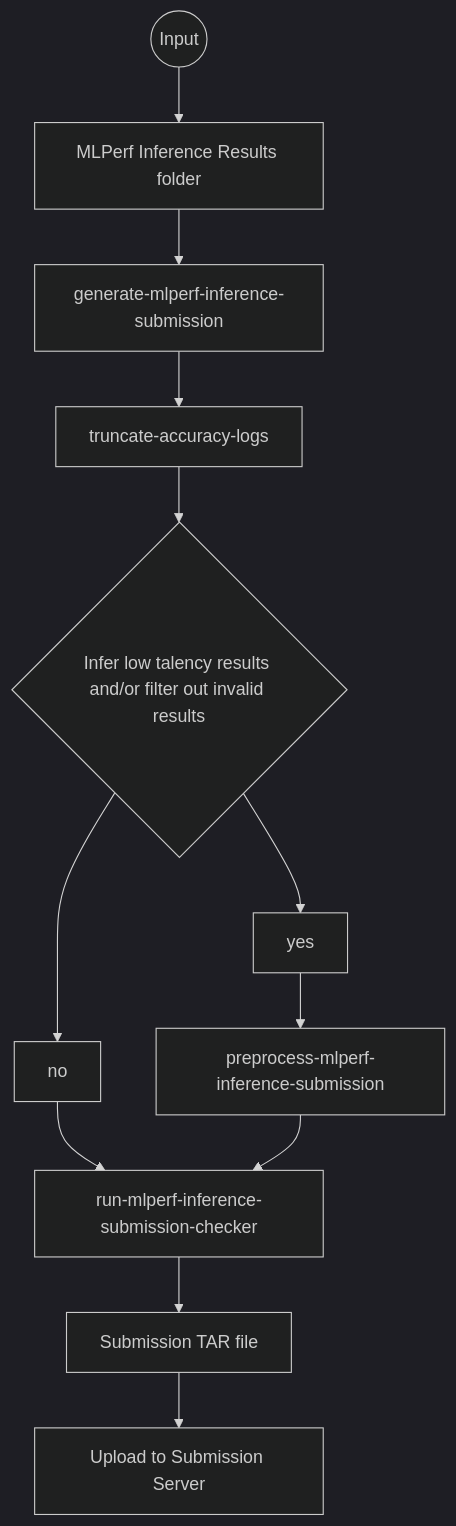
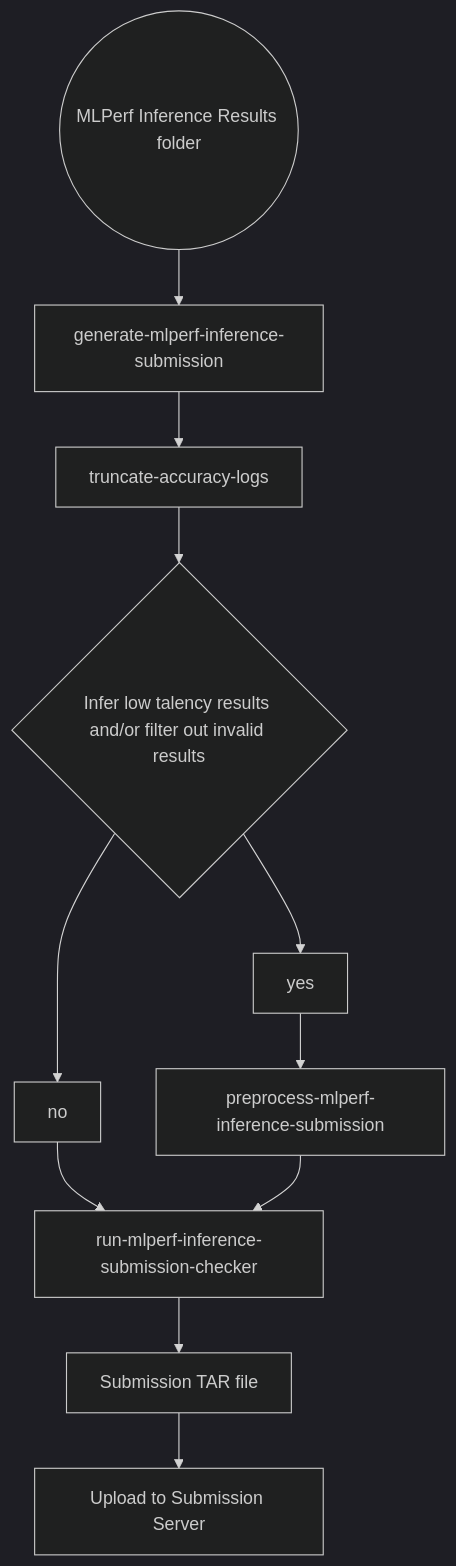
One commit to GATEOverflow/inference changed the diagram in docs/submission/index.md. Above: the diagram before and after it, drawn with Mermaid (dark theme).

````diff
--- a/docs/submission/index.md
+++ b/docs/submission/index.md
@@ -13,12 +13,11 @@
 ```mermaid
 flowchart TB
-    Input((Input)) --> A[MLPerf Inference Results folder]
-    A[MLPerf Inference Results folder] --> B[generate-mlperf-inference-submission]
+    Input((MLPerf Inference Results folder)) --> B[generate-mlperf-inference-submission]
     B --> C[truncate-accuracy-logs]
     C --> D{Infer low talency results and/or filter out invalid results}
     D --> yes --> E[preprocess-mlperf-inference-submission]
     D --> no --> F[run-mlperf-inference-submission-checker]
     E --> F
     F --> G[Submission TAR file]
     G --> H[Upload to Submission Server]
 ```
````
